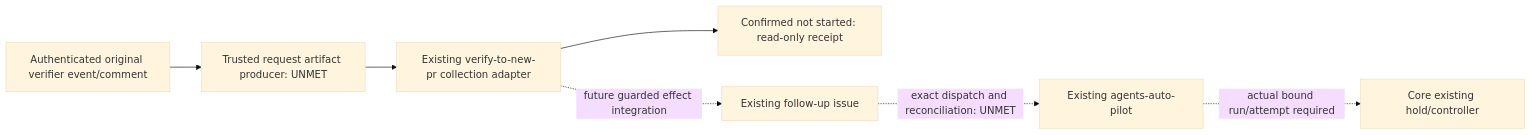
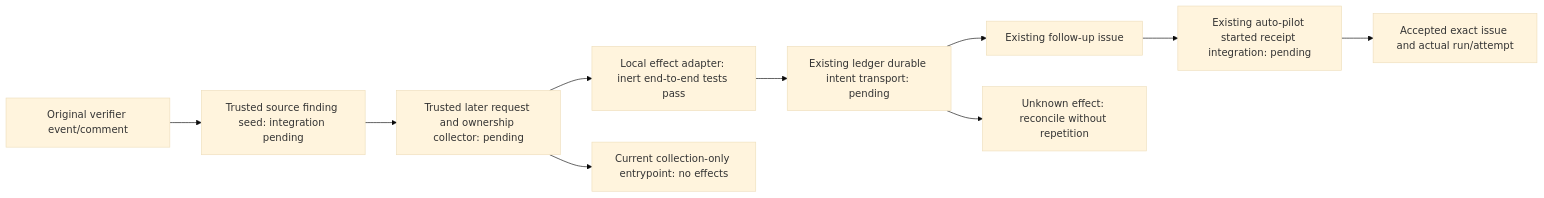
Before and after one commit to stranske/Workflows: the diagram in docs/ops/VERIFIER_CORRECTION_INTERFACE.md, drawn with Mermaid (base theme). The commit also changed other lines of this file and 11 other files, not shown here.

Commit message:
feat(verifier): implement inert correction effects and fixed-stage reconciliation

````diff
--- a/docs/ops/VERIFIER_CORRECTION_INTERFACE.md
+++ b/docs/ops/VERIFIER_CORRECTION_INTERFACE.md
@@ -91,9 +164,12 @@
 ```mermaid
 flowchart LR
-    V[Authenticated original verifier event/comment] --> P[Trusted request artifact producer: UNMET]
-    P --> C[Existing verify-to-new-pr collection adapter]
-    C --> R[Confirmed not started: read-only receipt]
-    C -. future guarded effect integration .-> I[Existing follow-up issue]
-    I -. exact dispatch and reconciliation: UNMET .-> A[Existing agents-auto-pilot]
-    A -. actual bound run/attempt required .-> H[Core existing hold/controller]
+    V[Original verifier event/comment] --> P[Trusted source finding seed: integration pending]
+    P --> C[Trusted later request and ownership collector: pending]
+    C --> E[Local effect adapter: inert end-to-end tests pass]
+    E --> L[Existing ledger durable intent transport: pending]
+    L --> I[Existing follow-up issue]
+    I --> A[Existing auto-pilot started receipt integration: pending]
+    A --> R[Accepted exact issue and actual run/attempt]
+    L --> U[Unknown effect: reconcile without repetition]
+    C --> N[Current collection-only entrypoint: no effects]
 ```
````
